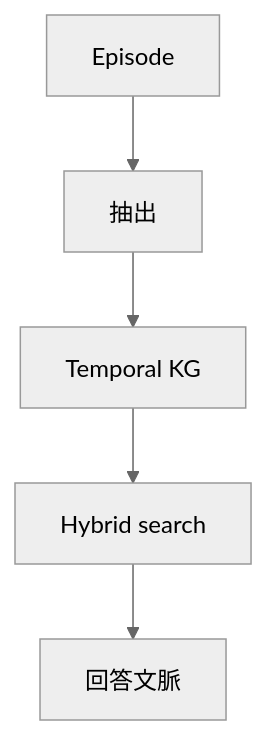
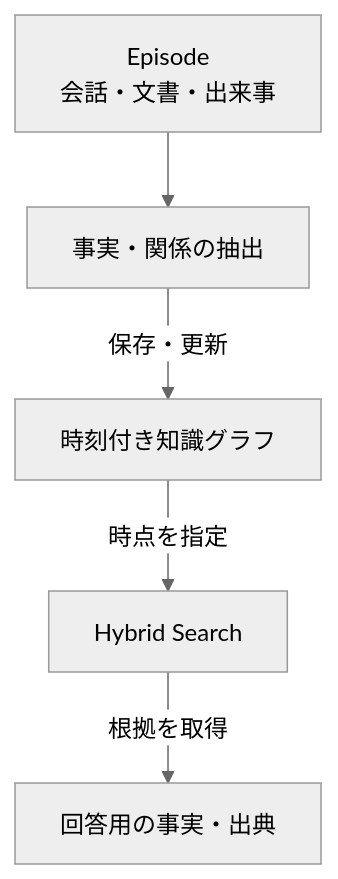
The second of 5 diagrams in articles/report/graphiti-mcp-memory/ja/index.mdx (daylight55/research), drawn with Mermaid (neutral theme) before and after one commit. The commit also changed other lines of this file and 181 other files, not shown here.

First line of the commit message:
全記事の図解368点を再生成し、共通注意書きを削除 (#402)

````diff
--- a/articles/report/graphiti-mcp-memory/ja/index.mdx
+++ b/articles/report/graphiti-mcp-memory/ja/index.mdx
@@ -54,7 +61,14 @@
 ```mermaid
 flowchart TD
-  E["Episode"] --> X["抽出"]
-  X --> G["Temporal KG"]
-  G --> H["Hybrid search"]
-  H --> Ans["回答文脈"]
+  accTitle: エピソードが検索可能な文脈になるまで
+  accDescr: 抽出した関係を時刻付きグラフに保存し、ハイブリッド検索で回答に必要な事実と出典を取り出す。
+  N0["Episode<br/>会話・文書・出来事"]
+  N1["事実・関係の抽出"]
+  N2["時刻付き知識グラフ"]
+  N3["Hybrid Search"]
+  N4["回答用の事実・出典"]
+  N0 --> N1
+  N1 -->|保存・更新| N2
+  N2 -->|時点を指定| N3
+  N3 -->|根拠を取得| N4
 ```
````
